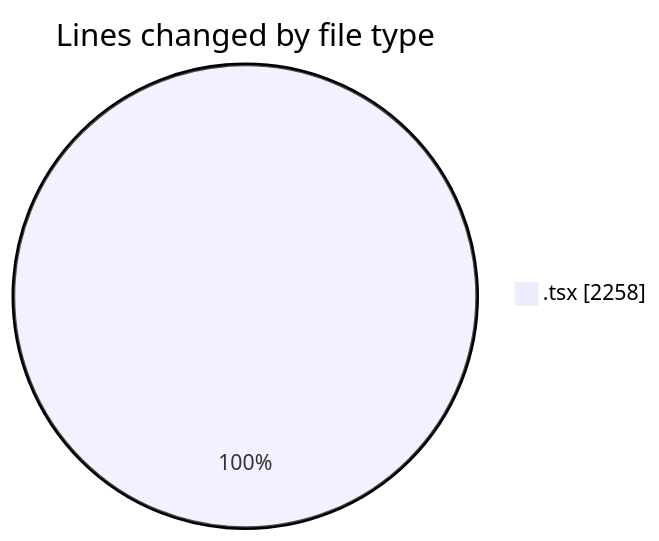
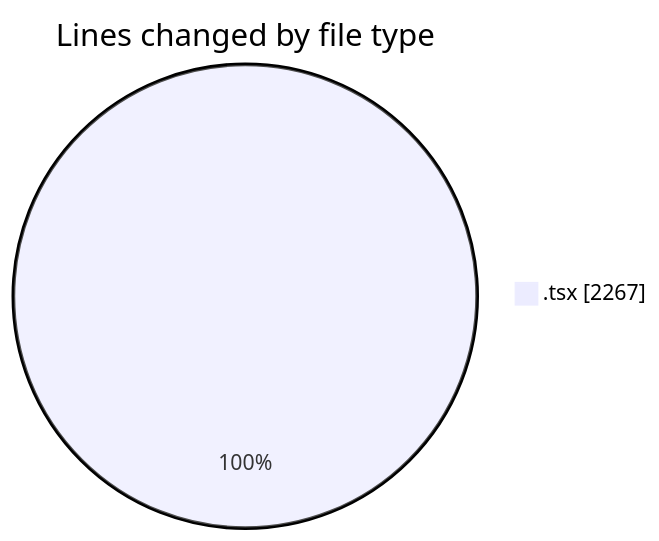
One commit to nxtqubesakshisongat/code-tracking changed the first of 2 diagrams in 2026-02-22/nxtqube_webapp/README.md. Above: the diagram before and after it, drawn with Mermaid. The commit also changed other lines of this file and 1 other file, not shown here.

````diff
--- a/2026-02-22/nxtqube_webapp/README.md
+++ b/2026-02-22/nxtqube_webapp/README.md
@@ -20,5 +20,5 @@
 ```mermaid
 pie showData
 title Lines changed by file type
-".tsx" : 2258
+".tsx" : 2267
 ```
````
